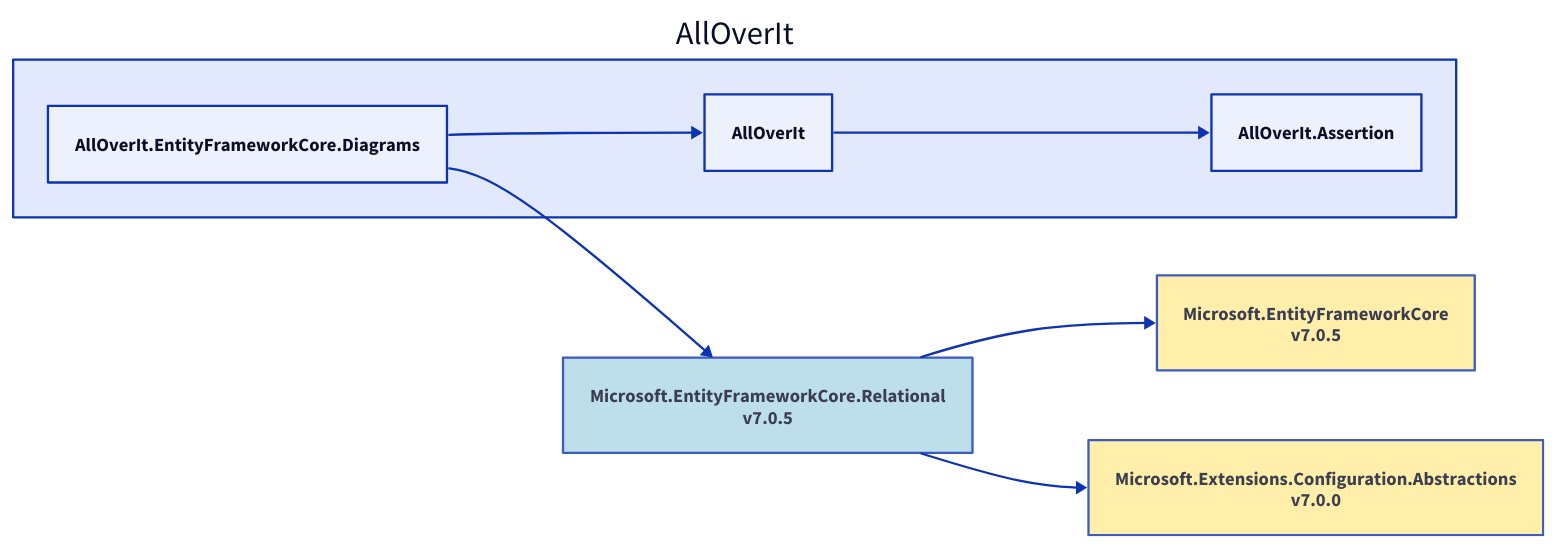
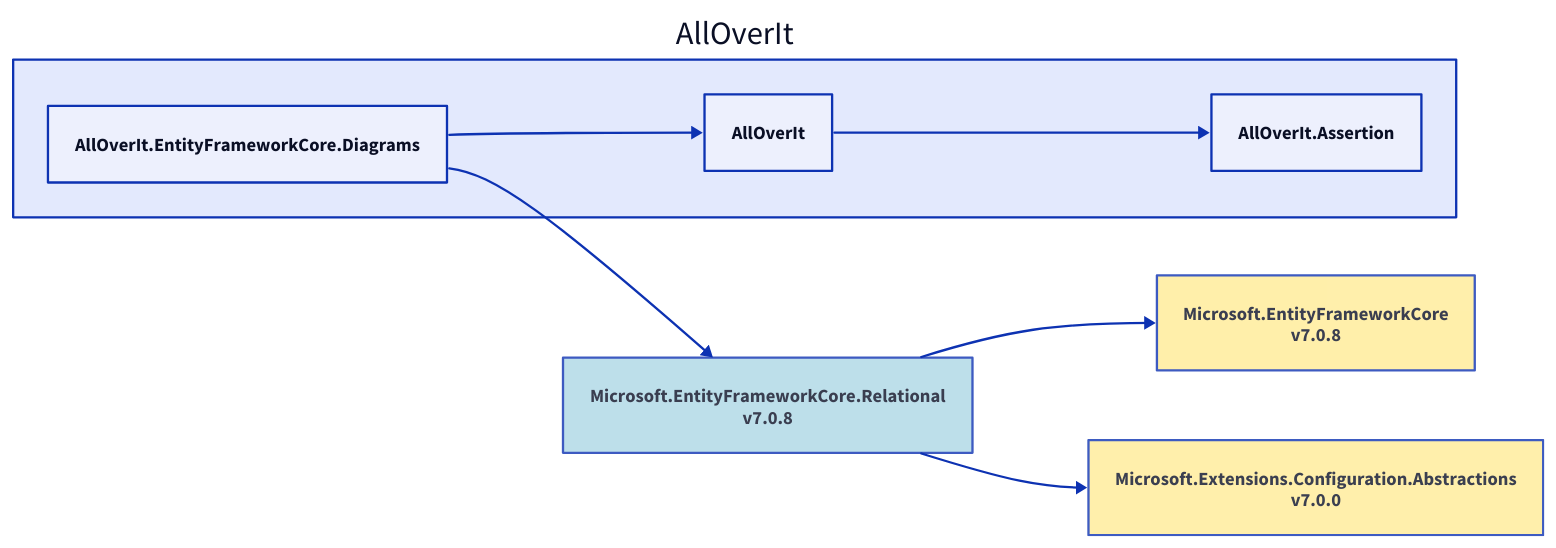
The diagram in Docs/Dependencies/alloverit-entityframeworkcore-diagrams.d2 (nickathone/AllOverIt), drawn with D2 before and after one commit. The commit also changed 20 other files, not shown here.

Commit message:
Dependency diagram updates

```diff
--- a/Docs/Dependencies/alloverit-entityframeworkcore-diagrams.d2
+++ b/Docs/Dependencies/alloverit-entityframeworkcore-diagrams.d2
@@ -1,20 +1,20 @@
 direction: right
 
 aoi: AllOverIt
 aoi.alloverit-entityframeworkcore-diagrams: AllOverIt.EntityFrameworkCore.Diagrams
-microsoft-entityframeworkcore-relational_7-0-5: Microsoft.EntityFrameworkCore.Relational\nv7.0.5
-microsoft-entityframeworkcore-relational_7-0-5.style.fill: "#ADD8E6"
-microsoft-entityframeworkcore-relational_7-0-5.style.opacity: 0.8
-microsoft-entityframeworkcore_7-0-5: Microsoft.EntityFrameworkCore\nv7.0.5
-microsoft-entityframeworkcore_7-0-5.style.fill: "#FFEC96"
-microsoft-entityframeworkcore_7-0-5.style.opacity: 0.8
-microsoft-entityframeworkcore_7-0-5 <- microsoft-entityframeworkcore-relational_7-0-5
+microsoft-entityframeworkcore-relational_7-0-8: Microsoft.EntityFrameworkCore.Relational\nv7.0.8
+microsoft-entityframeworkcore-relational_7-0-8.style.fill: "#ADD8E6"
+microsoft-entityframeworkcore-relational_7-0-8.style.opacity: 0.8
+microsoft-entityframeworkcore_7-0-8: Microsoft.EntityFrameworkCore\nv7.0.8
+microsoft-entityframeworkcore_7-0-8.style.fill: "#FFEC96"
+microsoft-entityframeworkcore_7-0-8.style.opacity: 0.8
+microsoft-entityframeworkcore_7-0-8 <- microsoft-entityframeworkcore-relational_7-0-8
 microsoft-extensions-configuration-abstractions_7-0-0: Microsoft.Extensions.Configuration.Abstractions\nv7.0.0
 microsoft-extensions-configuration-abstractions_7-0-0.style.fill: "#FFEC96"
 microsoft-extensions-configuration-abstractions_7-0-0.style.opacity: 0.8
-microsoft-extensions-configuration-abstractions_7-0-0 <- microsoft-entityframeworkcore-relational_7-0-5
-microsoft-entityframeworkcore-relational_7-0-5 <- aoi.alloverit-entityframeworkcore-diagrams
+microsoft-extensions-configuration-abstractions_7-0-0 <- microsoft-entityframeworkcore-relational_7-0-8
+microsoft-entityframeworkcore-relational_7-0-8 <- aoi.alloverit-entityframeworkcore-diagrams
 aoi.alloverit: AllOverIt
 aoi.alloverit-assertion: AllOverIt.Assertion
 aoi.alloverit-assertion <- aoi.alloverit
 aoi.alloverit <- aoi.alloverit-entityframeworkcore-diagrams
```
